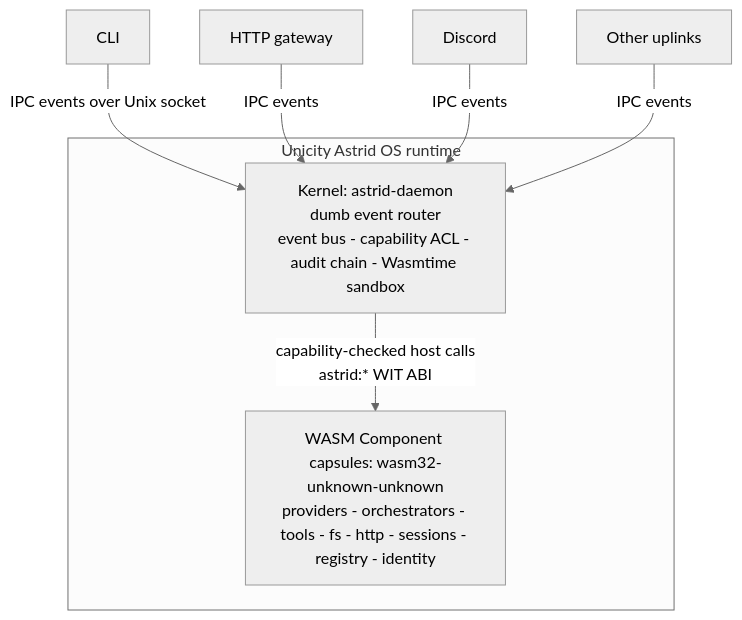
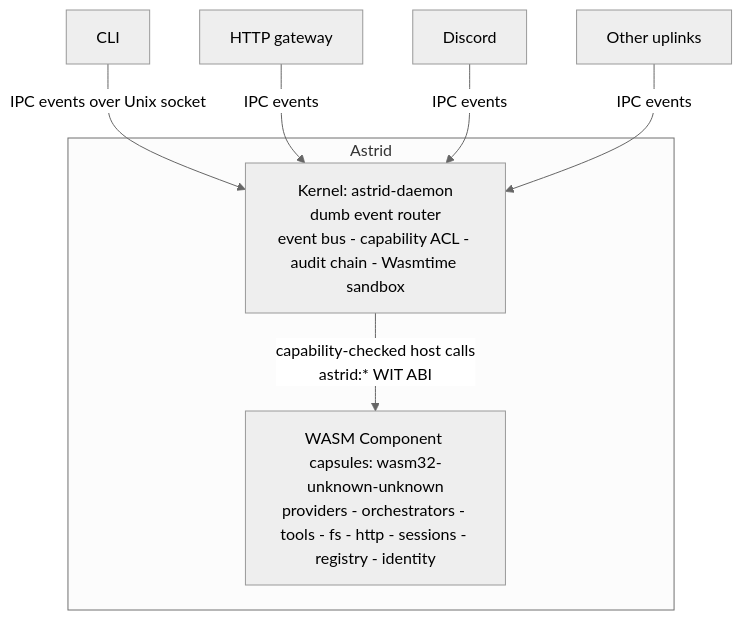
One commit to astrid-runtime/astrid changed the first of 2 diagrams in README.md. Above: the diagram before and after it, drawn with Mermaid (neutral theme). The commit also changed other lines of this file and 9 other files, not shown here.

Commit message:
chore: establish Astrid Runtime identity

````diff
--- a/README.md
+++ b/README.md
@@ -74,14 +72,14 @@
 ```mermaid
 flowchart TB
     CLI[CLI] -->|IPC events over Unix socket| Kernel
     HTTP[HTTP gateway] -->|IPC events| Kernel
     Discord[Discord] -->|IPC events| Kernel
     Uplinks[Other uplinks] -->|IPC events| Kernel
 
-    subgraph Runtime[Unicity Astrid OS runtime]
+    subgraph Runtime[Astrid]
         Kernel[Kernel: astrid-daemon<br/>dumb event router<br/>event bus - capability ACL - audit chain - Wasmtime sandbox]
         Capsules[WASM Component capsules: wasm32-unknown-unknown<br/>providers - orchestrators - tools - fs - http - sessions - registry - identity]
     end
 
     Kernel -->|capability-checked host calls<br/>astrid:* WIT ABI| Capsules
 ```
````
